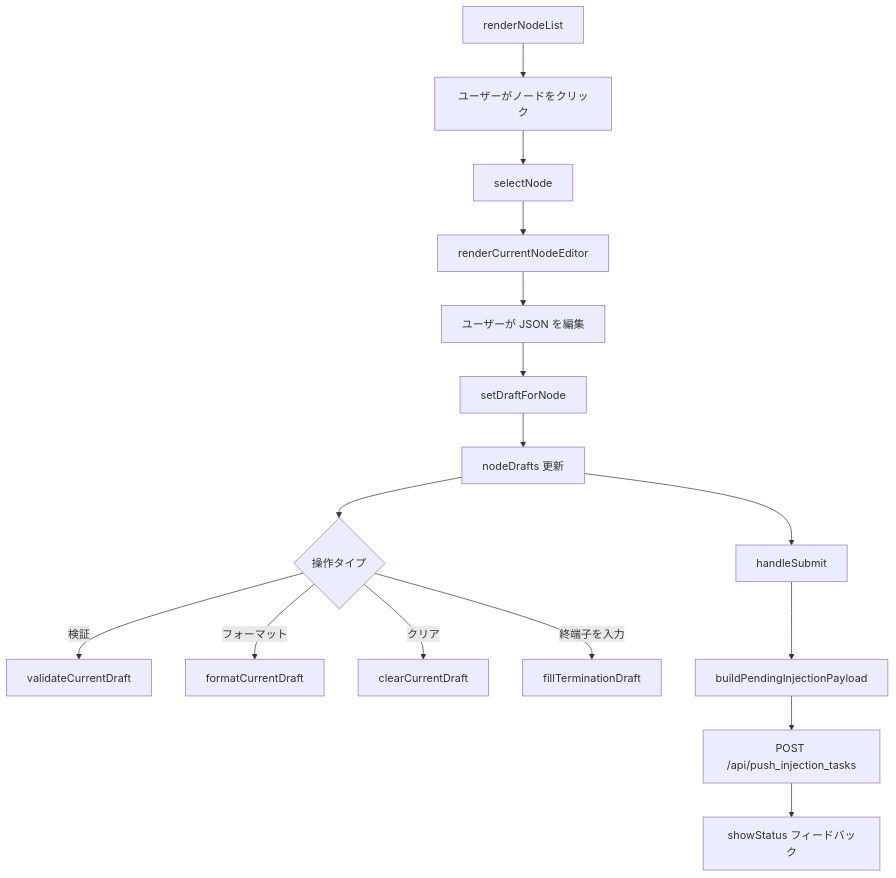
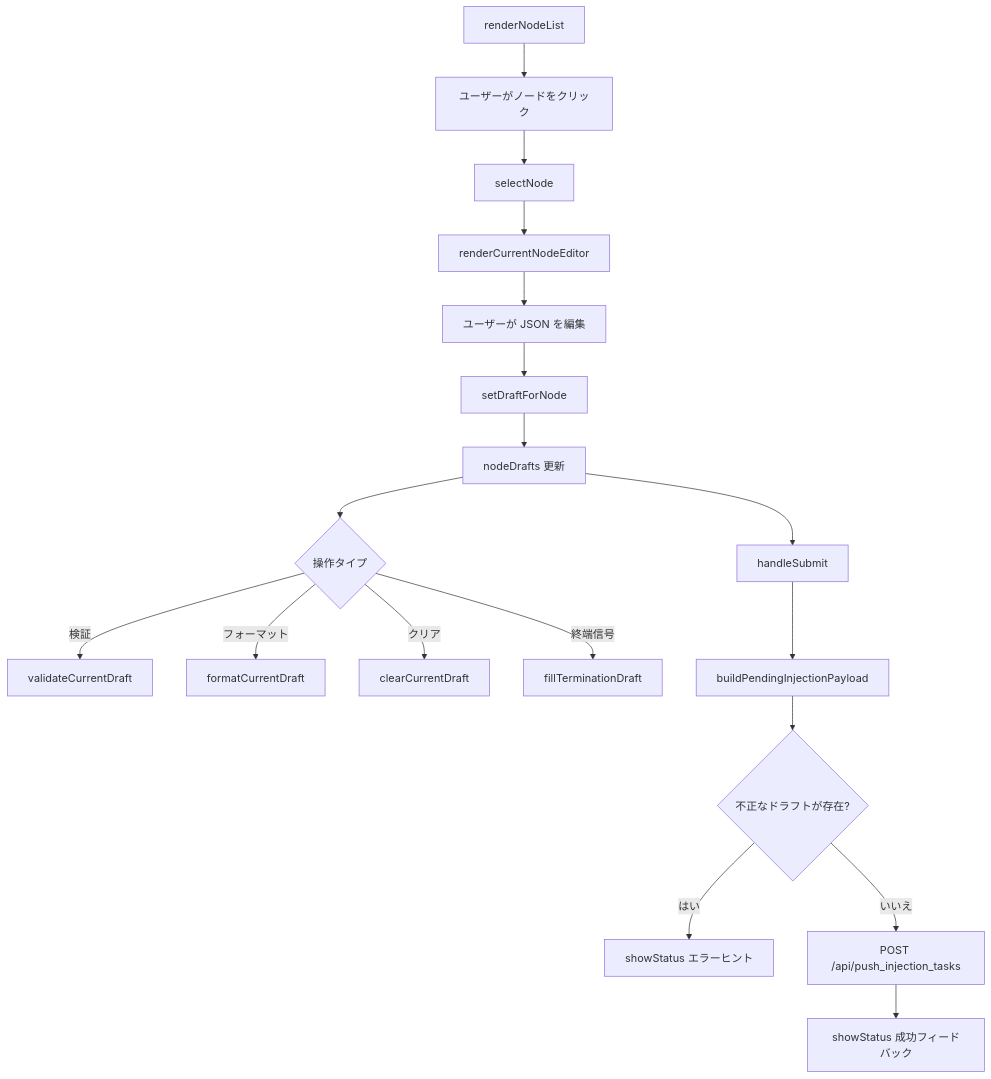
The diagram in docs/ja/src/web/static/ts/injection.md (Mr-xiaotian/CelestialFlow), drawn with Mermaid before and after one commit. The commit also changed other lines of this file and 156 other files, not shown here.

````diff
--- a/docs/ja/src/web/static/ts/injection.md
+++ b/docs/ja/src/web/static/ts/injection.md
@@ -25,20 +183,22 @@
 ```mermaid
 flowchart TD
     A[renderNodeList] --> B[ユーザーがノードをクリック]
     B --> C[selectNode]
     C --> D[renderCurrentNodeEditor]
     D --> E[ユーザーが JSON を編集]
     E --> F[setDraftForNode]
     F --> G[nodeDrafts 更新]
 
     G --> H{操作タイプ}
     H -->|検証| I[validateCurrentDraft]
     H -->|フォーマット| J[formatCurrentDraft]
     H -->|クリア| K[clearCurrentDraft]
-    H -->|終端子を入力| L[fillTerminationDraft]
+    H -->|終端信号| L[fillTerminationDraft]
 
     G --> M[handleSubmit]
     M --> N[buildPendingInjectionPayload]
-    N --> O[POST /api/push_injection_tasks]
-    O --> P[showStatus フィードバック]
+    N --> O{不正なドラフトが存在?}
+    O -->|はい| P[showStatus エラーヒント]
+    O -->|いいえ| Q[POST /api/push_injection_tasks]
+    Q --> R[showStatus 成功フィードバック]
 ```
````
